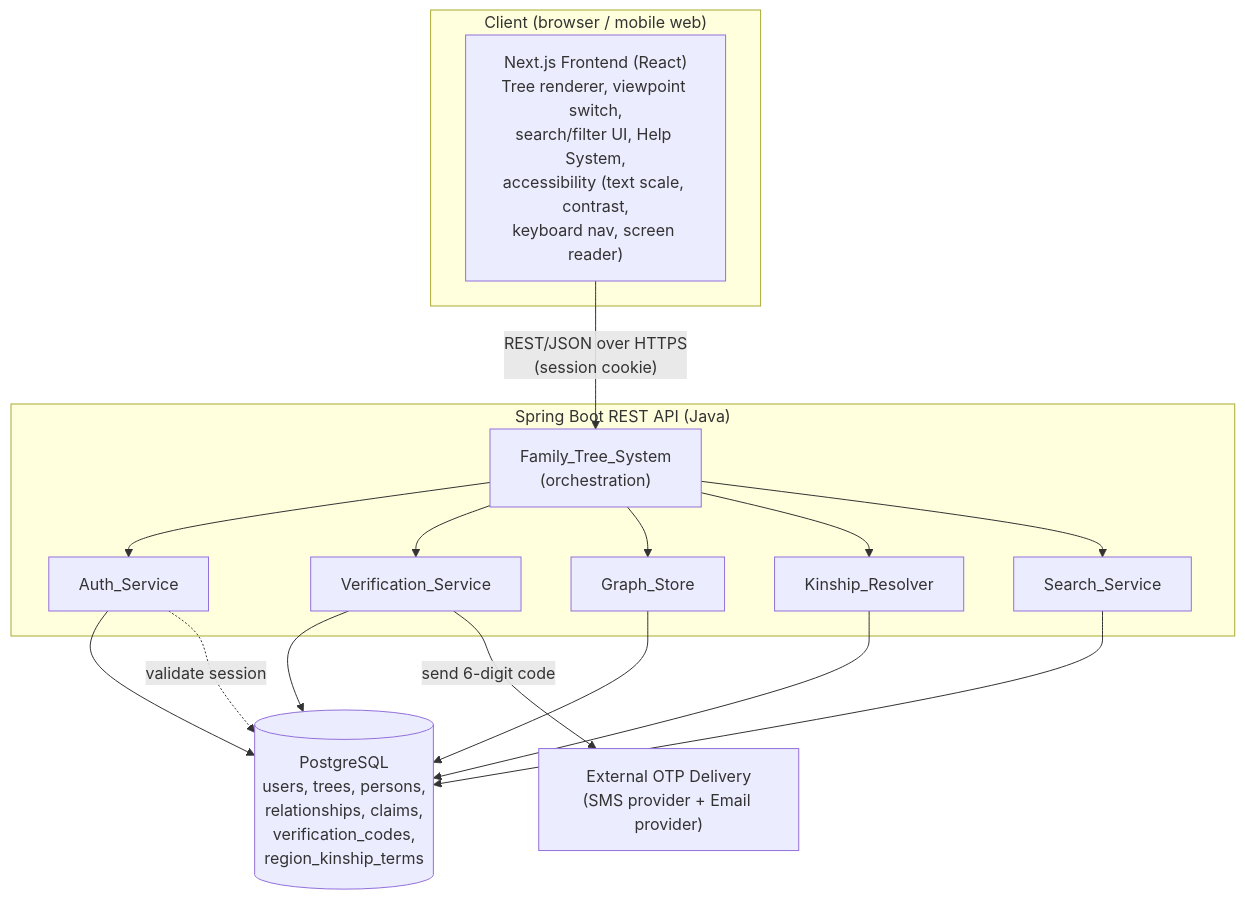
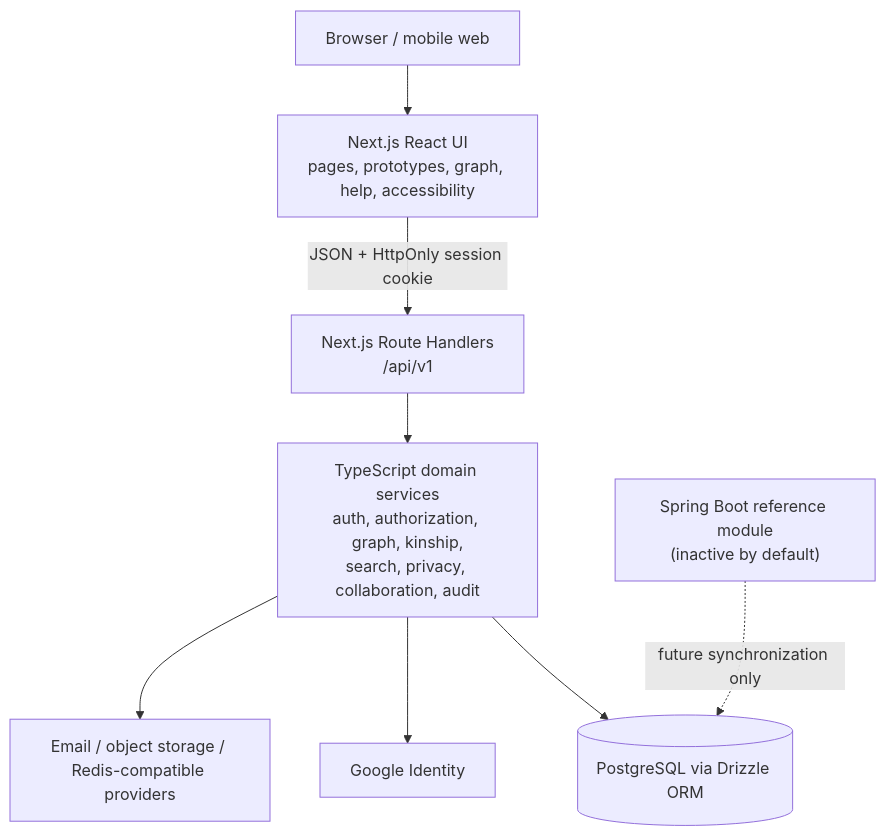
One commit to longhang2004/CayGiaPha changed the first of 3 diagrams in .kiro/specs/vietnamese-family-tree/design.md. Above: the diagram before and after it, drawn with Mermaid. The commit also changed other lines of this file and 10 other files, not shown here.

````diff
--- a/.kiro/specs/vietnamese-family-tree/design.md
+++ b/.kiro/specs/vietnamese-family-tree/design.md
@@ -52,33 +59,19 @@
 ```mermaid
 graph TB
-    subgraph Client["Client (browser / mobile web)"]
-        UI["Next.js Frontend (React)<br/>Tree renderer, viewpoint switch,<br/>search/filter UI, Help System,<br/>accessibility (text scale, contrast,<br/>keyboard nav, screen reader)"]
-    end
+    BROWSER["Browser / mobile web"]
+    UI["Next.js React UI<br/>pages, prototypes, graph, help, accessibility"]
+    ROUTES["Next.js Route Handlers<br/>/api/v1"]
+    SERVICES["TypeScript domain services<br/>auth, authorization, graph, kinship,<br/>search, privacy, collaboration, audit"]
+    DB[("PostgreSQL via Drizzle ORM")]
+    GOOGLE["Google Identity"]
+    PROVIDERS["Email / object storage / Redis-compatible providers"]
+    JAVA["Spring Boot reference module<br/>(inactive by default)"]
 
-    subgraph Server["Spring Boot REST API (Java)"]
-        AUTH["Auth_Service"]
-        VERIF["Verification_Service"]
-        GRAPH["Graph_Store"]
-        KIN["Kinship_Resolver"]
-        SEARCH["Search_Service"]
-        ORCH["Family_Tree_System<br/>(orchestration)"]
-    end
-
-    DB[("PostgreSQL<br/>users, trees, persons,<br/>relationships, claims,<br/>verification_codes,<br/>region_kinship_terms")]
-
-    OTP["External OTP Delivery<br/>(SMS provider + Email provider)"]
-
-    UI -->|"REST/JSON over HTTPS<br/>(session cookie)"| ORCH
-    ORCH --> AUTH
-    ORCH --> VERIF
-    ORCH --> GRAPH
-    ORCH --> KIN
-    ORCH --> SEARCH
-    AUTH --> DB
-    VERIF --> DB
-    GRAPH --> DB
-    KIN --> DB
-    SEARCH --> DB
-    VERIF -->|"send 6-digit code"| OTP
-    AUTH -.->|"validate session"| DB
+    BROWSER --> UI
+    UI -->|"JSON + HttpOnly session cookie"| ROUTES
+    ROUTES --> SERVICES
+    SERVICES --> DB
+    SERVICES --> GOOGLE
+    SERVICES --> PROVIDERS
+    JAVA -.->|"future synchronization only"| DB
 ```
````
